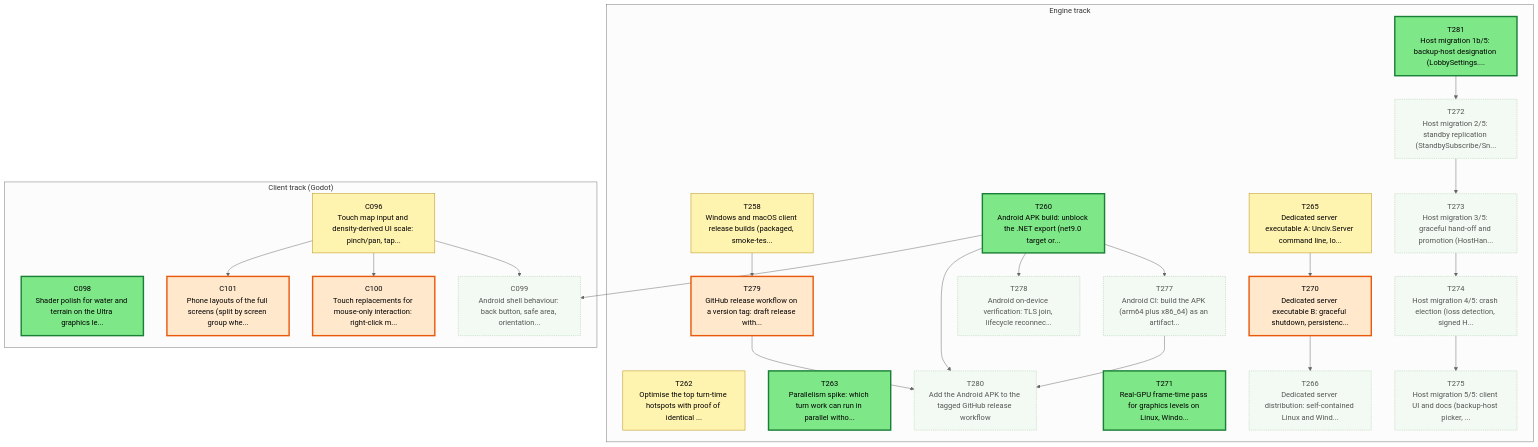
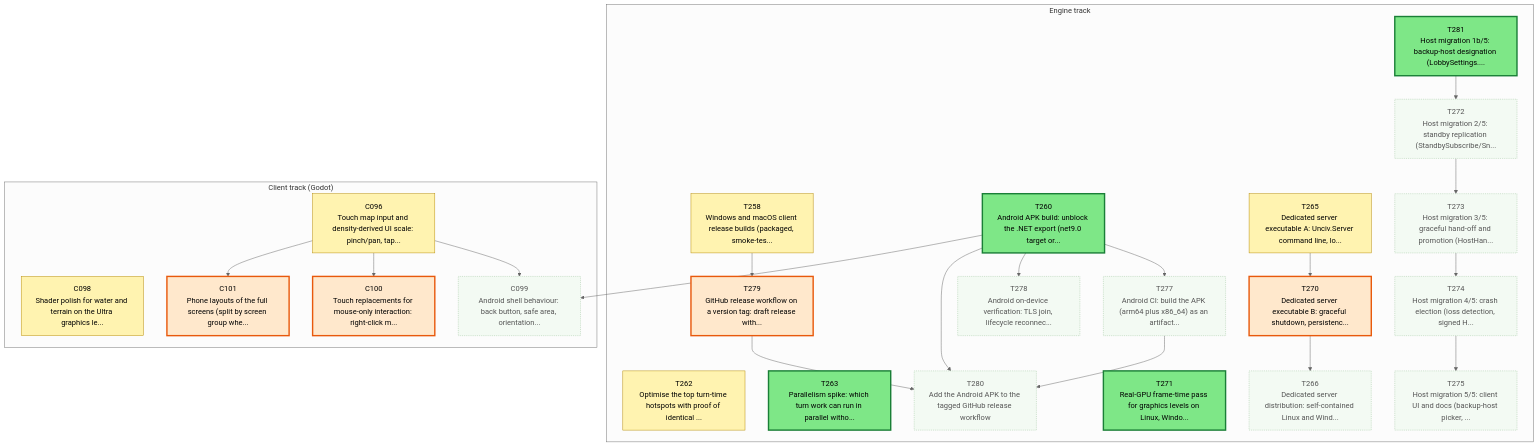
One commit to Kenmura/Unciv changed the first of 3 diagrams in csharp/migration/DEPENDENCY_MAP.md. Above: the diagram before and after it, drawn with Mermaid (neutral theme). The commit also changed other lines of this file and 1 other file, not shown here.

````diff
--- a/csharp/migration/DEPENDENCY_MAP.md
+++ b/csharp/migration/DEPENDENCY_MAP.md
@@ -35,74 +35,74 @@
 ```mermaid
 flowchart TD
   subgraph TTRACK["Engine track"]
     T258["T258<br/>Windows and macOS client release builds (packaged, smoke-tes..."]
     T260["T260<br/>Android APK build: unblock the .NET export (net9.0 target or..."]
     T262["T262<br/>Optimise the top turn-time hotspots with proof of identical ..."]
     T263["T263<br/>Parallelism spike: which turn work can run in parallel witho..."]
     T265["T265<br/>Dedicated server executable A: Unciv.Server command line, lo..."]
     T266["T266<br/>Dedicated server distribution: self-contained Linux and Wind..."]
     T270["T270<br/>Dedicated server executable B: graceful shutdown, persistenc..."]
     T271["T271<br/>Real-GPU frame-time pass for graphics levels on Linux, Windo..."]
     T272["T272<br/>Host migration 2/5: standby replication (StandbySubscribe/Sn..."]
     T273["T273<br/>Host migration 3/5: graceful hand-off and promotion (HostHan..."]
     T274["T274<br/>Host migration 4/5: crash election (loss detection, signed H..."]
     T275["T275<br/>Host migration 5/5: client UI and docs (backup-host picker, ..."]
     T277["T277<br/>Android CI: build the APK (arm64 plus x86_64) as an artifact..."]
     T278["T278<br/>Android on-device verification: TLS join, lifecycle reconnec..."]
     T279["T279<br/>GitHub release workflow on a version tag: draft release with..."]
     T280["T280<br/>Add the Android APK to the tagged GitHub release workflow"]
     T281["T281<br/>Host migration 1b/5: backup-host designation (LobbySettings...."]
   end
   subgraph CTRACK["Client track (Godot)"]
     C096["C096<br/>Touch map input and density-derived UI scale: pinch/pan, tap..."]
     C098["C098<br/>Shader polish for water and terrain on the Ultra graphics le..."]
     C099["C099<br/>Android shell behaviour: back button, safe area, orientation..."]
     C100["C100<br/>Touch replacements for mouse-only interaction: right-click m..."]
     C101["C101<br/>Phone layouts of the full screens (split by screen group whe..."]
   end
   T270 --> T266
   T265 --> T270
   T281 --> T272
   T272 --> T273
   T273 --> T274
   T274 --> T275
   T260 --> T277
   T260 --> T278
   T258 --> T279
   T279 --> T280
   T260 --> T280
   T277 --> T280
   T260 --> C099
   C096 --> C099
   C096 --> C100
   C096 --> C101
   classDef waiting fill:#f3faf3,stroke:#9bc49b,color:#555,stroke-dasharray:2 2
   classDef ondeck fill:#ffe8cc,stroke:#e8590c,stroke-width:3px,color:#000
   classDef ready fill:#7ee787,stroke:#1a7f37,stroke-width:3px,color:#000
   classDef prog fill:#fff3b0,stroke:#b58900,color:#000
   classDef review fill:#cfe4ff,stroke:#1f6feb,color:#000
   classDef blocked fill:#ffd6d6,stroke:#c62828,color:#000
   classDef done fill:#eeeeee,stroke:#999999,color:#666,stroke-dasharray:4 3
   class C096 prog
-  class C098 ready
+  class C098 prog
   class C099 waiting
   class C100 ondeck
   class C101 ondeck
   class T258 prog
   class T260 ready
   class T262 prog
   class T263 ready
   class T265 prog
   class T266 waiting
   class T270 ondeck
   class T271 ready
   class T272 waiting
   class T273 waiting
   class T274 waiting
   class T275 waiting
   class T277 waiting
   class T278 waiting
   class T279 ondeck
   class T280 waiting
   class T281 ready
 ```
````
